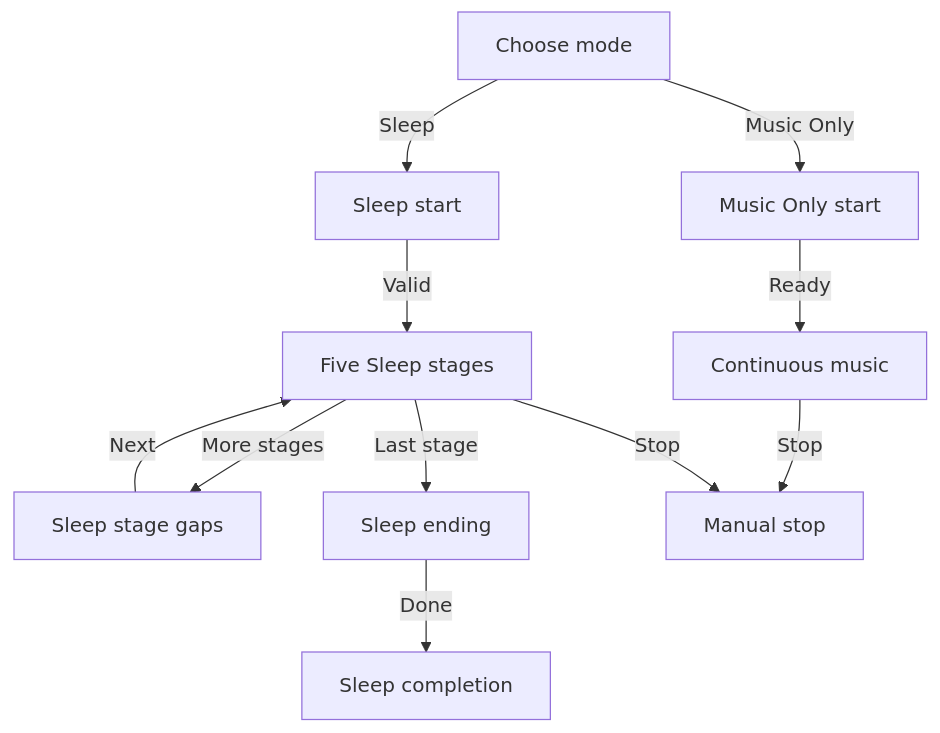
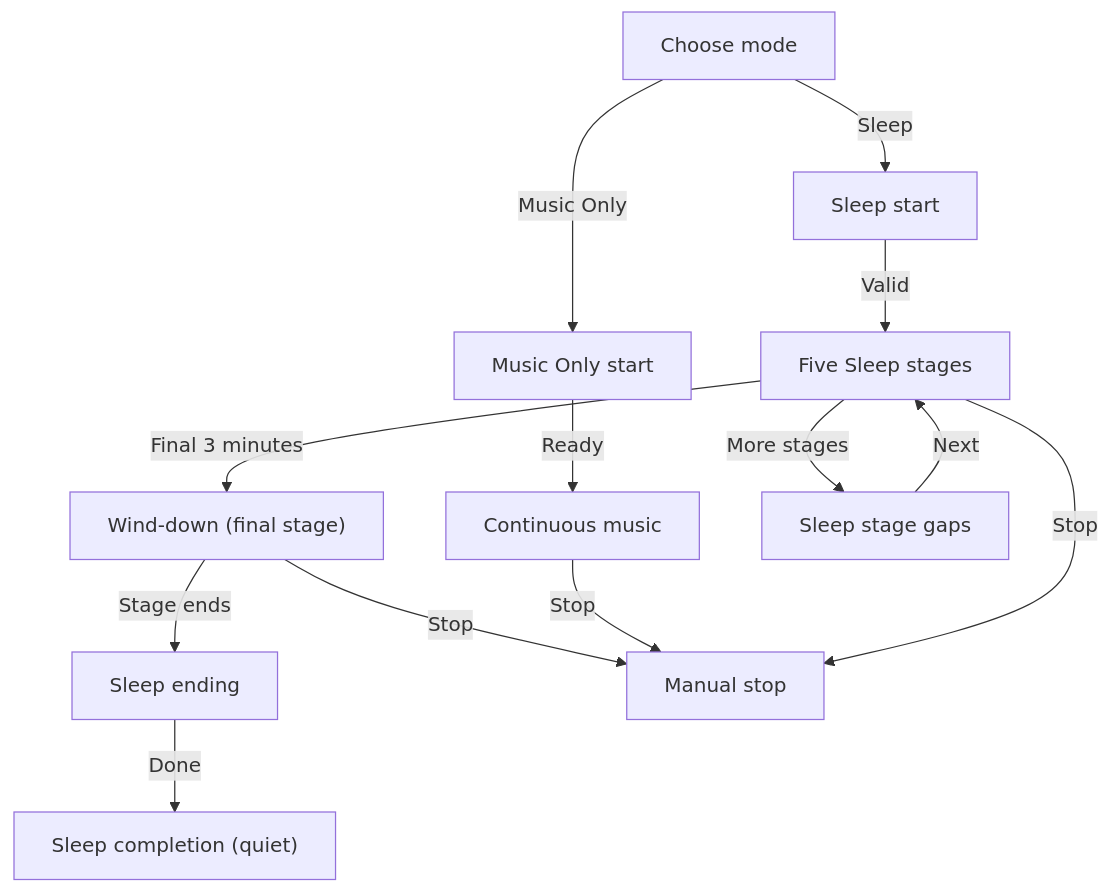
One commit to missionode/lite changed diagram 11 of 51 in docs/app-map/FLOW-REFERENCE.md. Above: the diagram before and after it, drawn with Mermaid. The commit also changed other lines of this file and 119 other files, not shown here.

First line of the commit message:
feat: clear voice download, Sleep wind-down, WebP images

````diff
--- a/docs/app-map/FLOW-REFERENCE.md
+++ b/docs/app-map/FLOW-REFERENCE.md
@@ -633,22 +633,25 @@
 ```mermaid
 flowchart TD
   choose["Choose mode"]
   sleep["Sleep start"]
   music["Music Only start"]
   stages["Five Sleep stages"]
+  winddown["Wind-down (final stage)"]
   loop["Continuous music"]
   gap["Sleep stage gaps"]
   fade["Sleep ending"]
   stop["Manual stop"]
-  complete["Sleep completion"]
+  complete["Sleep completion (quiet)"]
   choose -->|"Sleep"| sleep
   choose -->|"Music Only"| music
   sleep -->|"Valid"| stages
   stages -->|"More stages"| gap
   gap -->|"Next"| stages
-  stages -->|"Last stage"| fade
+  stages -->|"Final 3 minutes"| winddown
+  winddown -->|"Stage ends"| fade
   fade -->|"Done"| complete
+  winddown -->|"Stop"| stop
   music -->|"Ready"| loop
   loop -->|"Stop"| stop
   stages -->|"Stop"| stop
 ```
````
